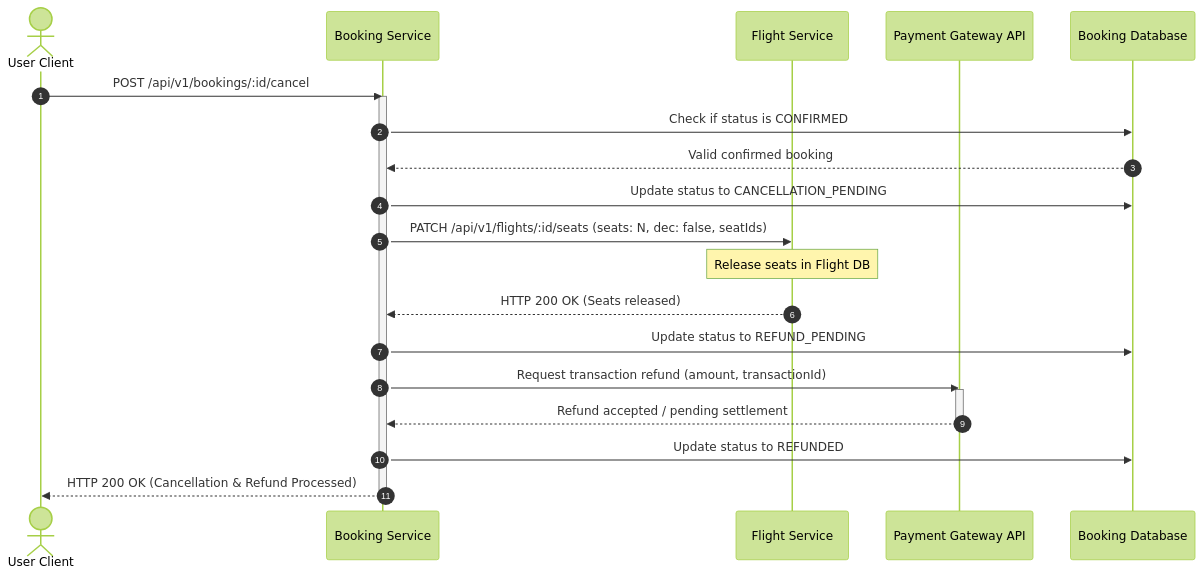
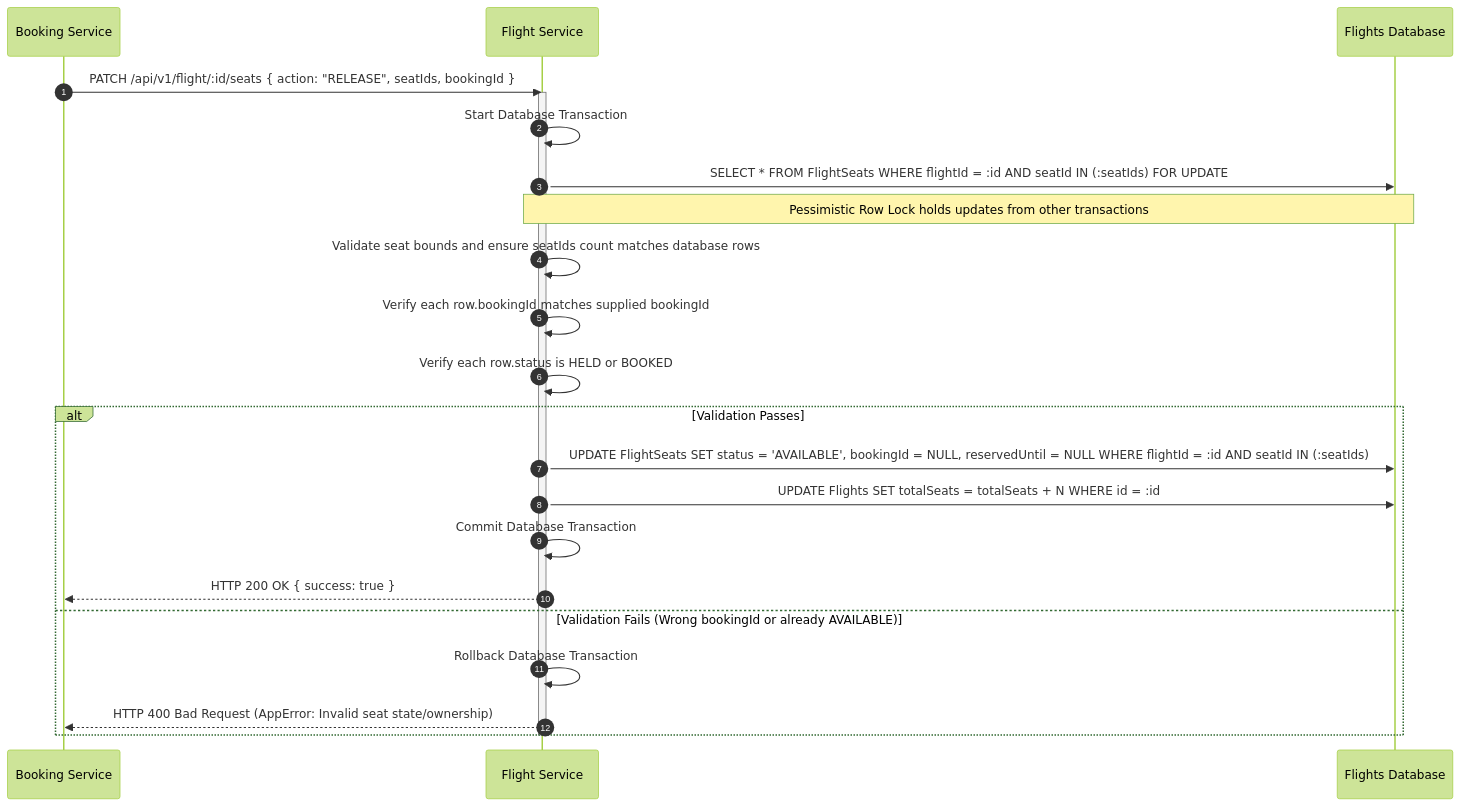
Before and after one commit to 0xpritam/Base-Node-Project-Template: the sixth of 6 diagrams in docs/SEQUENCE_DIAGRAMS.md, drawn with Mermaid (forest theme). The commit also changed other lines of this file and 65 other files, not shown here.

````diff
--- a/docs/SEQUENCE_DIAGRAMS.md
+++ b/docs/SEQUENCE_DIAGRAMS.md
@@ -147,26 +227,29 @@
 ```mermaid
 sequenceDiagram
     autonumber
-    actor User as User Client
     participant BS as Booking Service
     participant FS as Flight Service
-    participant Gateway as Payment Gateway API
-    participant BDB as Booking Database
+    participant DB as Flights Database
 
-    User ->> BS: POST /api/v1/bookings/:id/cancel
-    activate BS
-    BS ->> BDB: Check if status is CONFIRMED
-    BDB -->> BS: Valid confirmed booking
-    BS ->> BDB: Update status to CANCELLATION_PENDING
-    BS ->> FS: PATCH /api/v1/flights/:id/seats (seats: N, dec: false, seatIds)
-    Note over FS: Release seats in Flight DB
-    FS -->> BS: HTTP 200 OK (Seats released)
-    BS ->> BDB: Update status to REFUND_PENDING
-    BS ->> Gateway: Request transaction refund (amount, transactionId)
-    activate Gateway
-    Gateway -->> BS: Refund accepted / pending settlement
-    deactivate Gateway
-    BS ->> BDB: Update status to REFUNDED
-    BS -->> User: HTTP 200 OK (Cancellation & Refund Processed)
-    deactivate BS
+    BS ->> FS: PATCH /api/v1/flight/:id/seats { action: "RELEASE", seatIds, bookingId }
+    activate FS
+    FS ->> FS: Start Database Transaction
+    
+    FS ->> DB: SELECT * FROM FlightSeats WHERE flightId = :id AND seatId IN (:seatIds) FOR UPDATE;
+    Note over FS,DB: Pessimistic Row Lock holds updates from other transactions
+    
+    FS ->> FS: Validate seat bounds and ensure seatIds count matches database rows
+    FS ->> FS: Verify each row.bookingId matches supplied bookingId
+    FS ->> FS: Verify each row.status is HELD or BOOKED
+    
+    alt Validation Passes
+        FS ->> DB: UPDATE FlightSeats SET status = 'AVAILABLE', bookingId = NULL, reservedUntil = NULL WHERE flightId = :id AND seatId IN (:seatIds);
+        FS ->> DB: UPDATE Flights SET totalSeats = totalSeats + N WHERE id = :id;
+        FS ->> FS: Commit Database Transaction
+        FS -->> BS: HTTP 200 OK { success: true }
+    else Validation Fails (Wrong bookingId or already AVAILABLE)
+        FS ->> FS: Rollback Database Transaction
+        FS -->> BS: HTTP 400 Bad Request (AppError: Invalid seat state/ownership)
+    end
+    deactivate FS
 ```
````
